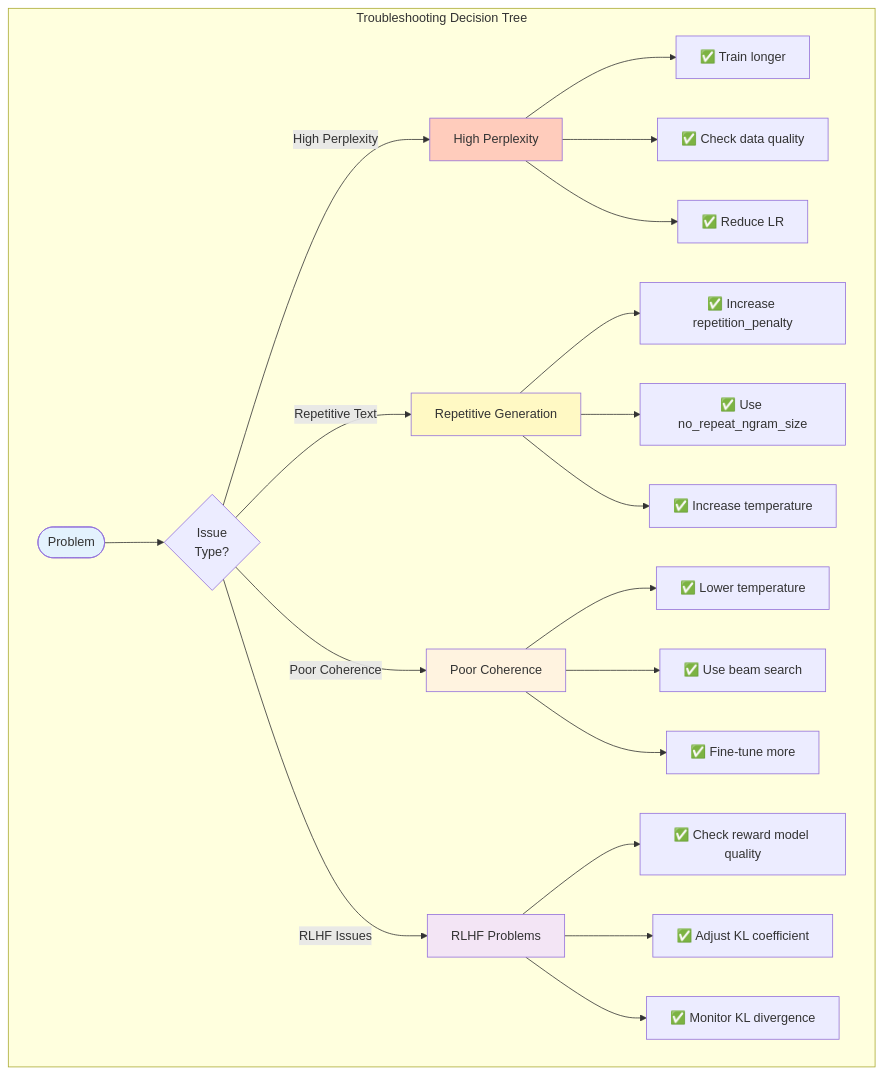
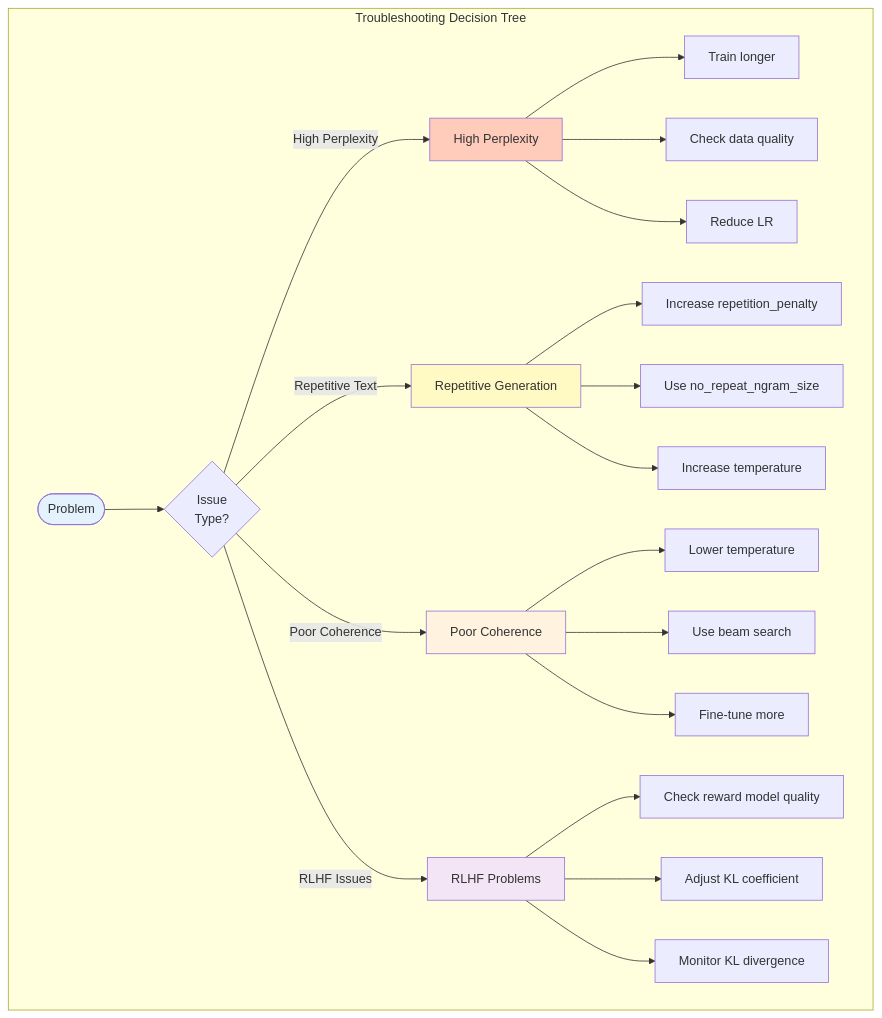
Before and after one commit to Pizzaman213/Ava_AI: diagram 16 of 16 in code/docs/06_EVALUATION_GENERATION.md, drawn with Mermaid. The commit also changed other lines of this file and 215 other files, not shown here.

````diff
--- a/code/docs/06_EVALUATION_GENERATION.md
+++ b/code/docs/06_EVALUATION_GENERATION.md
@@ -960,33 +960,33 @@
 ```mermaid
 flowchart TD
     subgraph "Troubleshooting Decision Tree"
         Issue([Problem]) --> Type{Issue<br/>Type?}
 
         Type -->|High Perplexity| HP[High Perplexity]
         Type -->|Repetitive Text| RT[Repetitive Generation]
         Type -->|Poor Coherence| PC[Poor Coherence]
         Type -->|RLHF Issues| RL[RLHF Problems]
 
-        HP --> H1[✅ Train longer]
-        HP --> H2[✅ Check data quality]
-        HP --> H3[✅ Reduce LR]
+        HP --> H1[ Train longer]
+        HP --> H2[ Check data quality]
+        HP --> H3[ Reduce LR]
 
-        RT --> R1[✅ Increase repetition_penalty]
-        RT --> R2[✅ Use no_repeat_ngram_size]
-        RT --> R3[✅ Increase temperature]
+        RT --> R1[ Increase repetition_penalty]
+        RT --> R2[ Use no_repeat_ngram_size]
+        RT --> R3[ Increase temperature]
 
-        PC --> C1[✅ Lower temperature]
-        PC --> C2[✅ Use beam search]
-        PC --> C3[✅ Fine-tune more]
+        PC --> C1[ Lower temperature]
+        PC --> C2[ Use beam search]
+        PC --> C3[ Fine-tune more]
 
-        RL --> L1[✅ Check reward model quality]
-        RL --> L2[✅ Adjust KL coefficient]
-        RL --> L3[✅ Monitor KL divergence]
+        RL --> L1[ Check reward model quality]
+        RL --> L2[ Adjust KL coefficient]
+        RL --> L3[ Monitor KL divergence]
     end
 
     style Issue fill:#e3f2fd
     style HP fill:#ffccbc
     style RT fill:#fff9c4
     style PC fill:#fff3e0
     style RL fill:#f3e5f5
 ```
````
